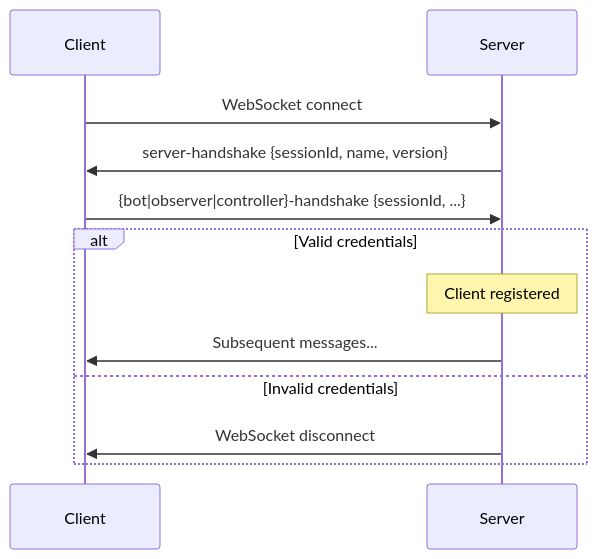
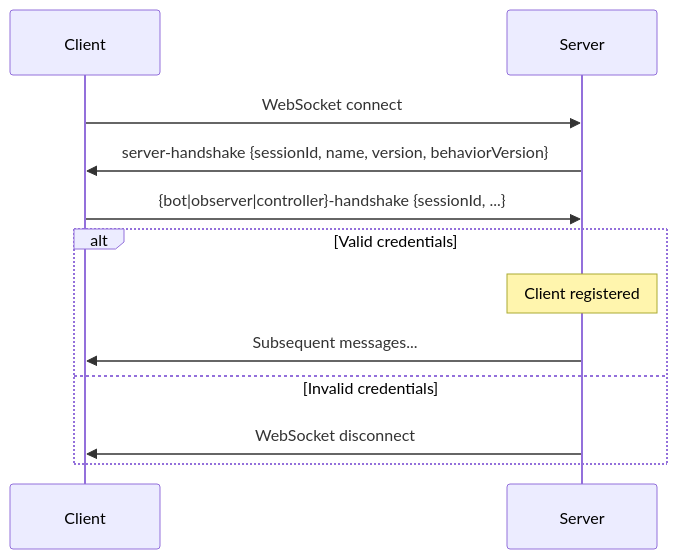
The first of 11 diagrams in docs/architecture/models/message-schema/handshakes.md (robocode-dev/tank-royale), drawn with Mermaid before and after one commit. The commit also changed other lines of this file and 40 other files, not shown here.

````diff
--- a/docs/architecture/models/message-schema/handshakes.md
+++ b/docs/architecture/models/message-schema/handshakes.md
@@ -24,16 +24,16 @@
 ```mermaid
 sequenceDiagram
     participant Client
     participant Server
     
     Client->>Server: WebSocket connect
-    Server->>Client: server-handshake {sessionId, name, version}
+    Server->>Client: server-handshake {sessionId, name, version, behaviorVersion}
     Client->>Server: {bot|observer|controller}-handshake {sessionId, ...}
     
     alt Valid credentials
         Note over Server: Client registered
         Server->>Client: Subsequent messages...
     else Invalid credentials
         Server->>Client: WebSocket disconnect
     end
 ```
````
